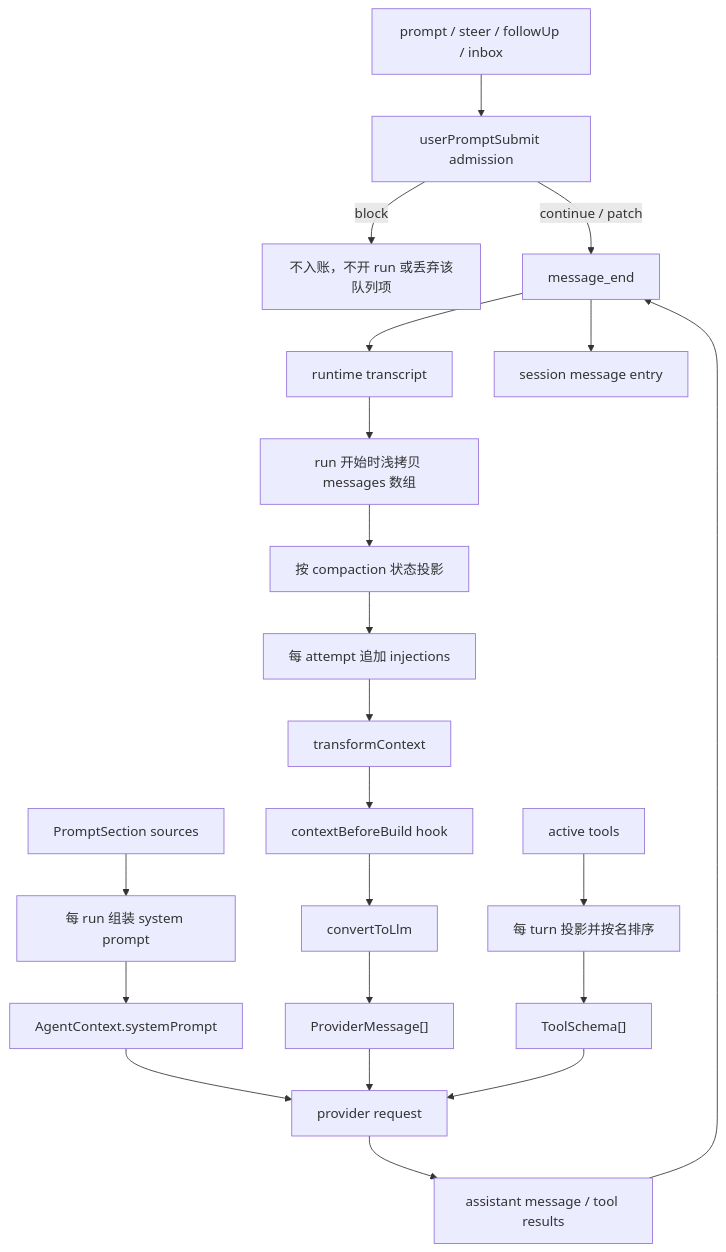
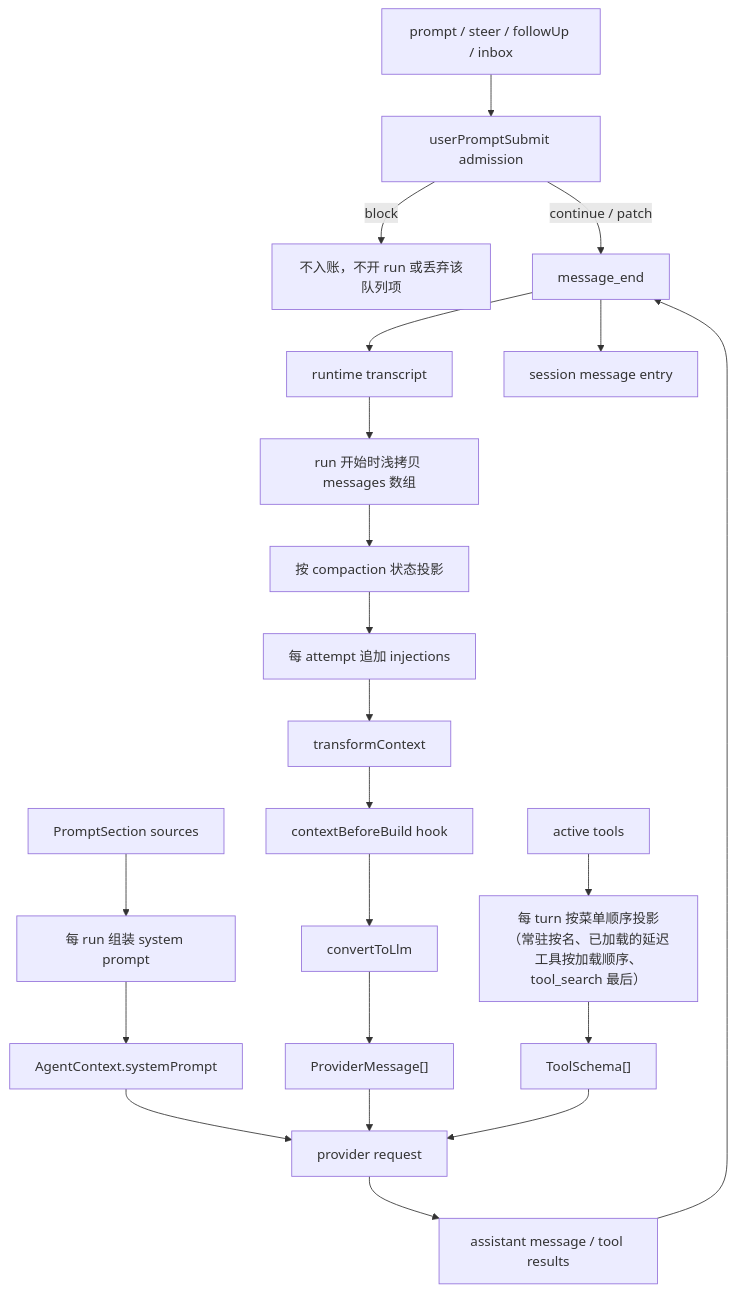
One commit to echo-yiyi/echo-agent changed the diagram in docs/design/context-and-message-flow.md. Above: the diagram before and after it, drawn with Mermaid. The commit also changed 5 other files, not shown here.

First line of the commit message:
工具菜单顺序：常驻按名、已加载的延迟工具按加载顺序追加、tool_search 垫底

````diff
--- a/docs/design/context-and-message-flow.md
+++ b/docs/design/context-and-message-flow.md
@@ -34,24 +34,24 @@
 ```mermaid
 flowchart TD
     A["prompt / steer / followUp / inbox"] --> B["userPromptSubmit admission"]
     B -->|block| X["不入账，不开 run 或丢弃该队列项"]
     B -->|continue / patch| C["message_end"]
     C --> D["runtime transcript"]
     C --> E["session message entry"]
     D --> F["run 开始时浅拷贝 messages 数组"]
     P["PromptSection sources"] --> Q["每 run 组装 system prompt"]
     Q --> R["AgentContext.systemPrompt"]
     F --> CV["按 compaction 状态投影"]
     CV --> G["每 attempt 追加 injections"]
     G --> H["transformContext"]
     H --> I["contextBeforeBuild hook"]
     I --> J["convertToLlm"]
     J --> K["ProviderMessage[]"]
-    T["active tools"] --> U["每 turn 投影并按名排序"]
+    T["active tools"] --> U["每 turn 按菜单顺序投影（常驻按名、已加载的延迟工具按加载顺序、tool_search 最后）"]
     U --> V["ToolSchema[]"]
     R --> W["provider request"]
     K --> W
     V --> W
     W --> Y["assistant message / tool results"]
     Y --> C
 ```
````
